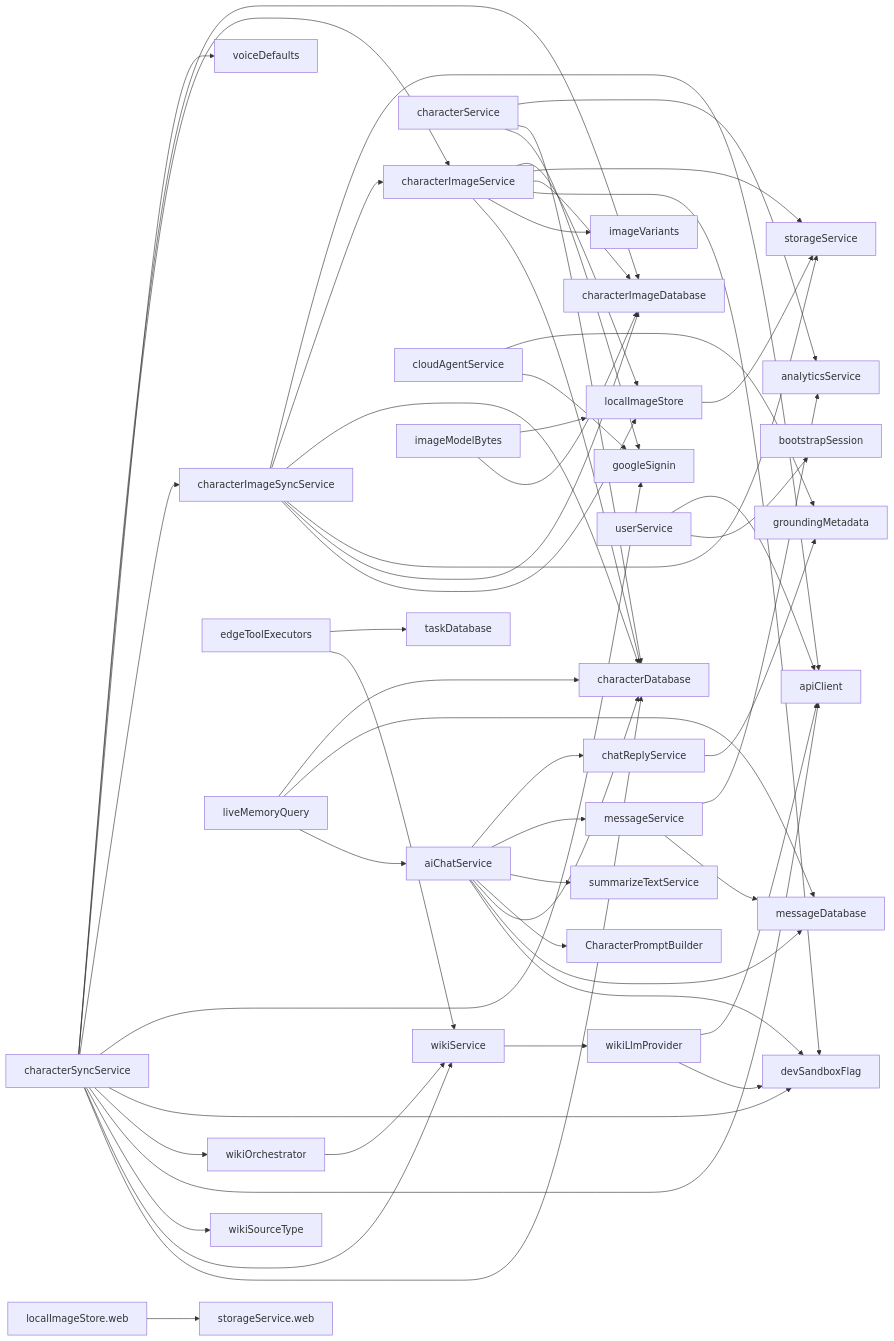
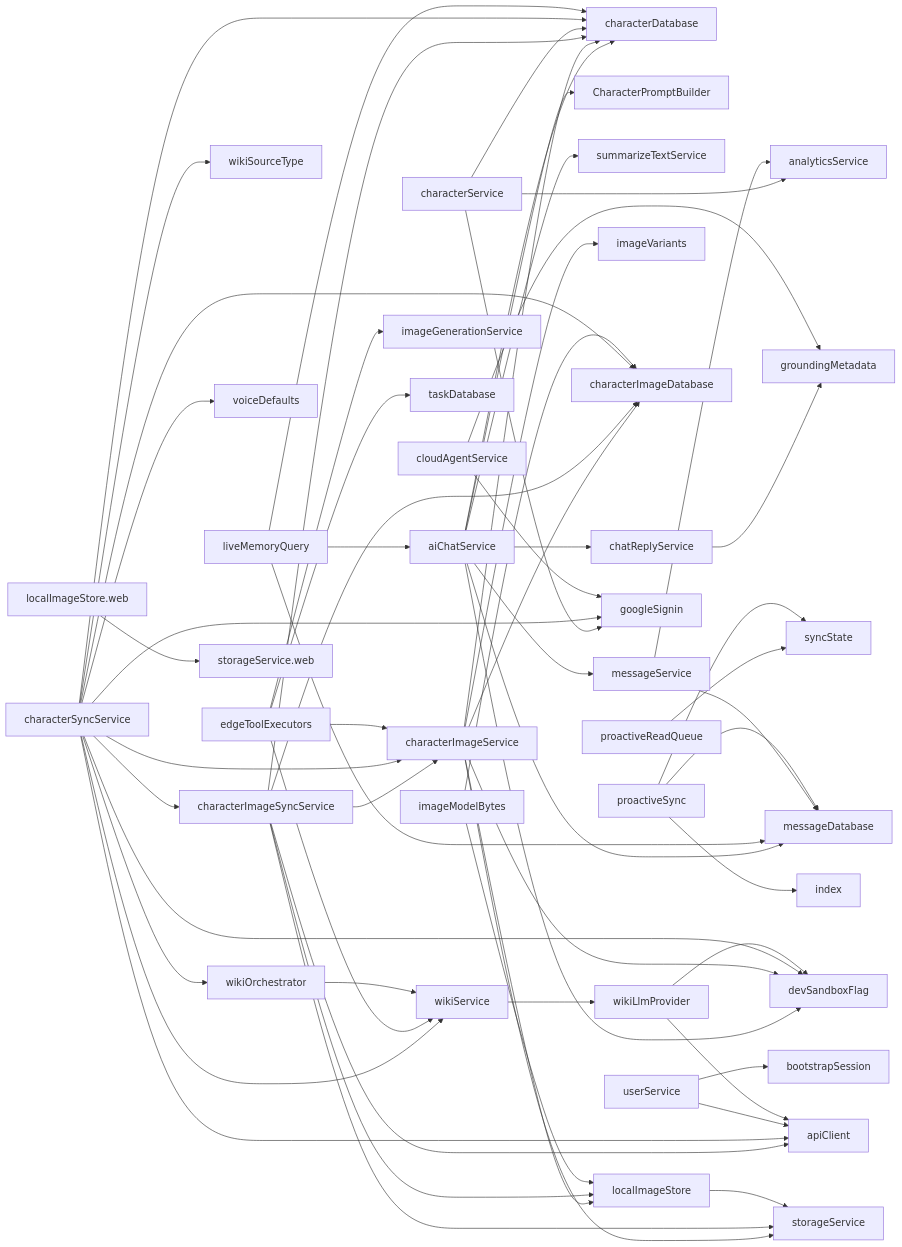
Before and after one commit to equationalapplications/clanker: the diagram in docs/flowcharts/SERVICES.md, drawn with Mermaid. The commit also changed 4 other files, not shown here.

First line of the commit message:
docs(flowcharts): regenerate from codegraph index

````diff
--- a/docs/flowcharts/SERVICES.md
+++ b/docs/flowcharts/SERVICES.md
@@ -5,56 +5,62 @@
 ```mermaid
 graph LR
   aiChatService --> devSandboxFlag
+  aiChatService --> characterDatabase
   aiChatService --> messageDatabase
-  aiChatService --> characterDatabase
   aiChatService --> CharacterPromptBuilder
   aiChatService --> summarizeTextService
   aiChatService --> messageService
   aiChatService --> chatReplyService
   characterImageService --> characterDatabase
   characterImageService --> imageVariants
   characterImageService --> devSandboxFlag
   characterImageService --> characterImageDatabase
   characterImageService --> storageService
   characterImageService --> localImageStore
   characterImageSyncService --> localImageStore
   characterImageSyncService --> characterImageDatabase
   characterImageSyncService --> storageService
   characterImageSyncService --> characterDatabase
   characterImageSyncService --> characterImageService
   characterImageSyncService --> apiClient
   characterService --> googleSignin
   characterService --> characterDatabase
   characterService --> analyticsService
   characterSyncService --> characterDatabase
   characterSyncService --> wikiService
   characterSyncService --> wikiSourceType
   characterSyncService --> apiClient
   characterSyncService --> wikiOrchestrator
   characterSyncService --> devSandboxFlag
   characterSyncService --> googleSignin
   characterSyncService --> characterImageSyncService
   characterSyncService --> voiceDefaults
   characterSyncService --> characterImageService
   characterSyncService --> characterImageDatabase
   chatReplyService --> groundingMetadata
   cloudAgentService --> googleSignin
   cloudAgentService --> groundingMetadata
+  edgeToolExecutors --> imageGenerationService
+  edgeToolExecutors --> characterImageService
   edgeToolExecutors --> wikiService
   edgeToolExecutors --> taskDatabase
   imageModelBytes --> characterImageDatabase
   imageModelBytes --> localImageStore
   liveMemoryQuery --> aiChatService
   liveMemoryQuery --> messageDatabase
   liveMemoryQuery --> characterDatabase
   localImageStore --> storageService
   localImageStore.web --> storageService.web
   messageService --> messageDatabase
   messageService --> analyticsService
+  proactiveReadQueue --> syncState
+  proactiveSync --> syncState
+  proactiveSync --> index
+  proactiveSync --> messageDatabase
   userService --> bootstrapSession
   userService --> apiClient
   wikiLlmProvider --> devSandboxFlag
   wikiLlmProvider --> apiClient
   wikiOrchestrator --> wikiService
   wikiService --> wikiLlmProvider
 ```
````
